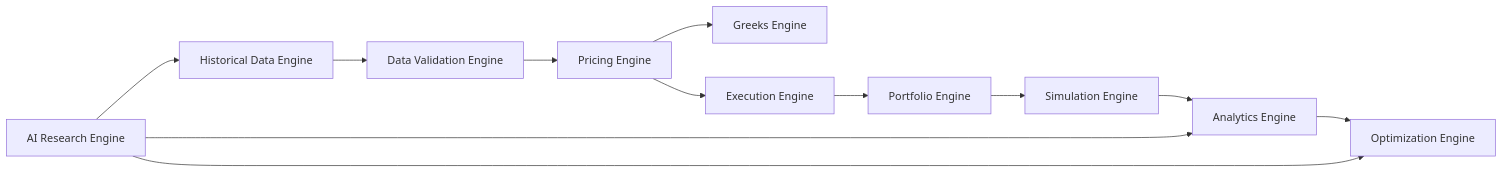
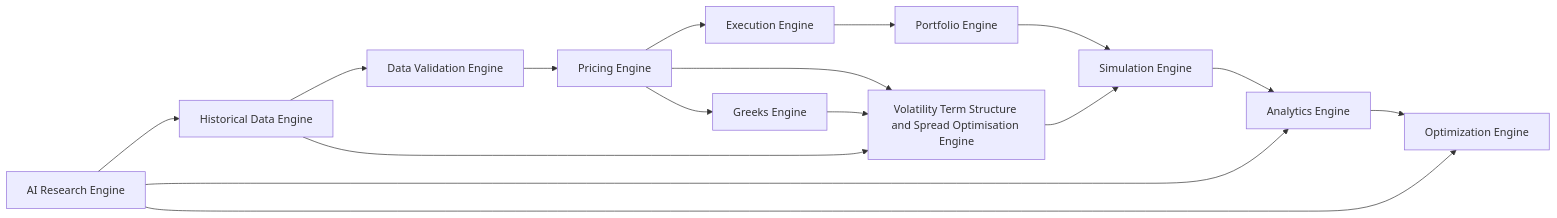
Before and after one commit to danaoa04/option-research-platform: the first of 2 diagrams in docs/19_Core_Engine_Architecture.md, drawn with Mermaid. The commit also changed other lines of this file and 35 other files, not shown here.

````diff
--- a/docs/19_Core_Engine_Architecture.md
+++ b/docs/19_Core_Engine_Architecture.md
@@ -19,25 +19,30 @@
 ```mermaid
 flowchart LR
     HDE[Historical Data Engine]
     DVE[Data Validation Engine]
     PE[Pricing Engine]
     GE[Greeks Engine]
     EE[Execution Engine]
     PTE[Portfolio Engine]
     SE[Simulation Engine]
+    VTSE[Volatility Term Structure and Spread Optimisation Engine]
     AE[Analytics Engine]
     OE[Optimization Engine]
     ARE[AI Research Engine]
 
     HDE --> DVE
     DVE --> PE
     PE --> GE
     PE --> EE
     EE --> PTE
     PTE --> SE
+    PE --> VTSE
+    GE --> VTSE
+    HDE --> VTSE
+    VTSE --> SE
     SE --> AE
     AE --> OE
     ARE --> AE
     ARE --> OE
     ARE --> HDE
 ```
````
